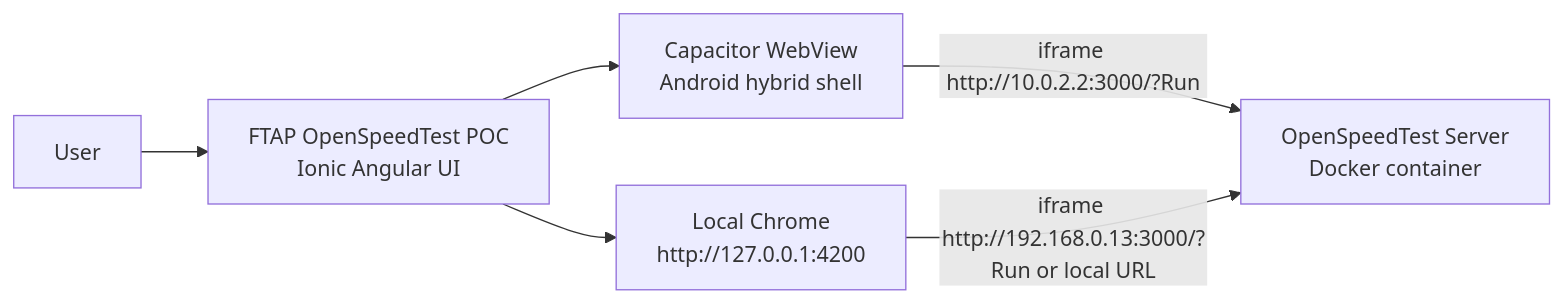
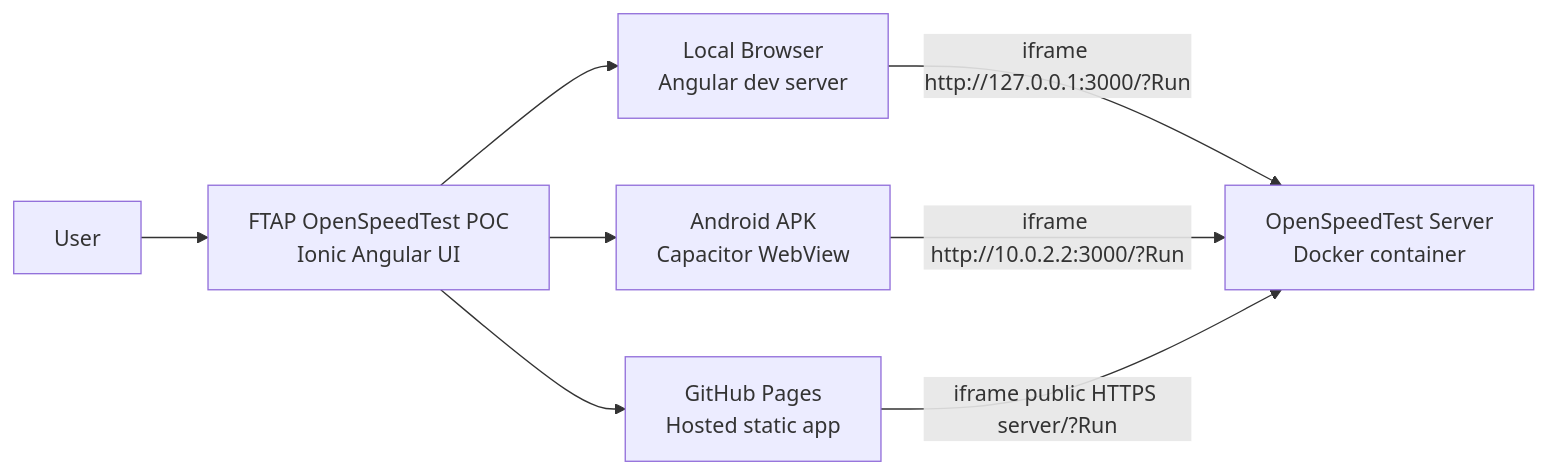
Before and after one commit to rgalor-ca/openspeedtest-ftap-poc: the first of 3 diagrams in README.md, drawn with Mermaid. The commit also changed other lines of this file and 5 other files, not shown here.

````diff
--- a/README.md
+++ b/README.md
@@ -61,14 +47,17 @@
 ```mermaid
 flowchart LR
   User["User"]
-  App["FTAP OpenSpeedTest POC<br/>Ionic Angular UI"]
-  Capacitor["Capacitor WebView<br/>Android hybrid shell"]
-  OpenSpeedTest["OpenSpeedTest Server<br/>Docker container"]
-  Browser["Local Chrome<br/>http://127.0.0.1:4200"]
+  App["FTAP OpenSpeedTest POC<br>Ionic Angular UI"]
+  Web["Local Browser<br>Angular dev server"]
+  Native["Android APK<br>Capacitor WebView"]
+  Server["OpenSpeedTest Server<br>Docker container"]
+  Pages["GitHub Pages<br>Hosted static app"]
 
   User --> App
-  App --> Capacitor
-  App --> Browser
-  Capacitor -->|"iframe http://10.0.2.2:3000/?Run"| OpenSpeedTest
-  Browser -->|"iframe http://192.168.0.13:3000/?Run or local URL"| OpenSpeedTest
+  App --> Web
+  App --> Native
+  App --> Pages
+  Web -->|"iframe http://127.0.0.1:3000/?Run"| Server
+  Native -->|"iframe http://10.0.2.2:3000/?Run"| Server
+  Pages -->|"iframe public HTTPS server/?Run"| Server
 ```
````
